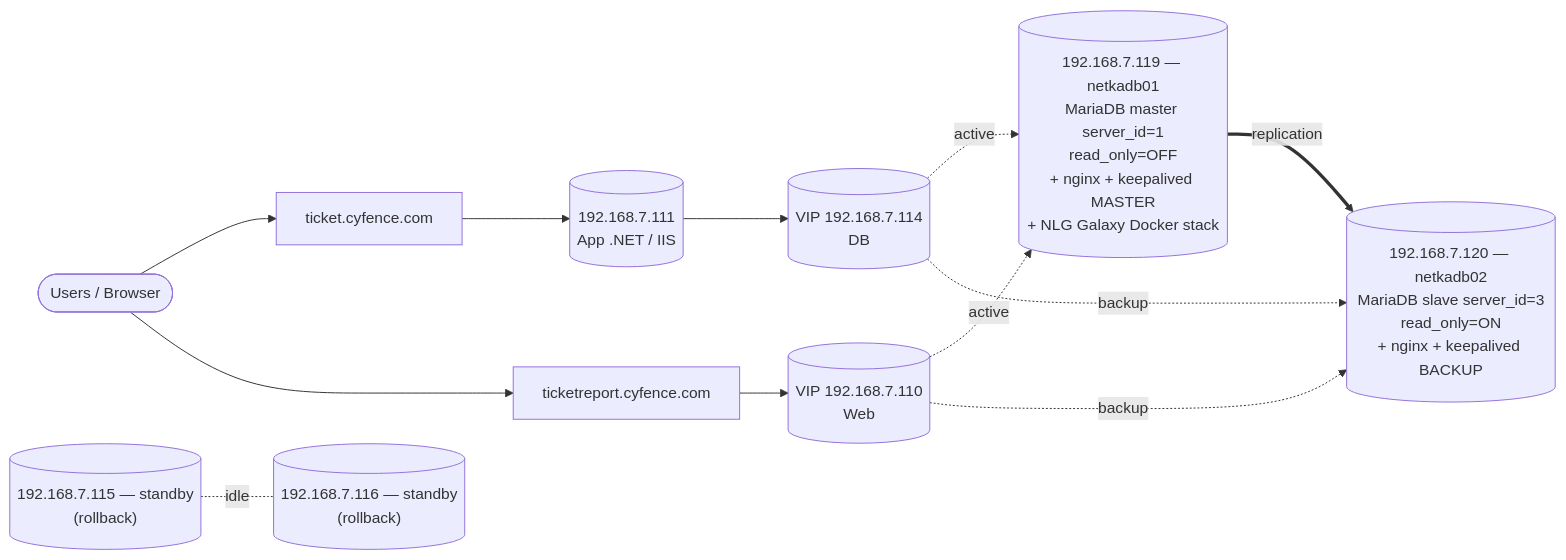
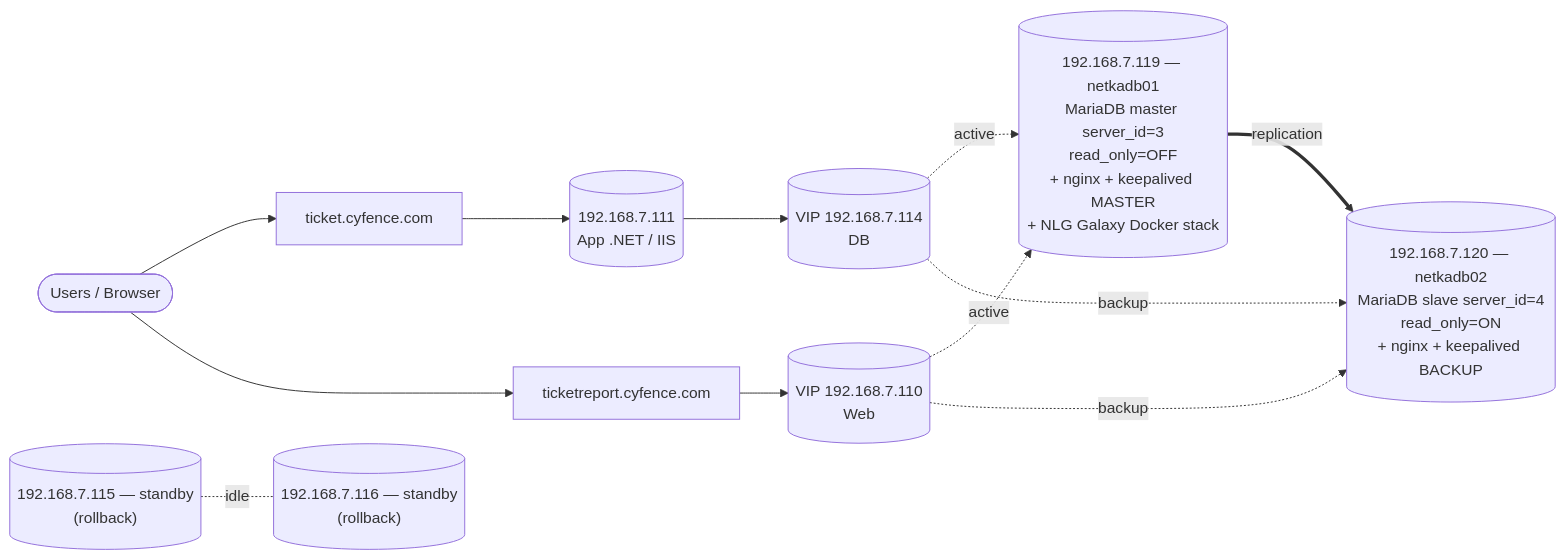
One commit to mryot/YotHealth changed the second of 11 diagrams in Migration-Manual-115-116-to-119-120-AsBuilt.md. Above: the diagram before and after it, drawn with Mermaid.

````diff
--- a/Migration-Manual-115-116-to-119-120-AsBuilt.md
+++ b/Migration-Manual-115-116-to-119-120-AsBuilt.md
@@ -59,23 +59,23 @@
 ```mermaid
 flowchart LR
     U([Users / Browser])
     DNS1[ticket.cyfence.com]
     DNS2[ticketreport.cyfence.com]
     APP[("192.168.7.111<br/>App .NET / IIS")]
     VIP_WEB[(VIP 192.168.7.110<br/>Web)]
     VIP_DB[(VIP 192.168.7.114<br/>DB)]
-    DB119[("192.168.7.119 — netkadb01<br/>MariaDB master server_id=1<br/>read_only=OFF<br/>+ nginx + keepalived MASTER<br/>+ NLG Galaxy Docker stack")]
-    DB120[("192.168.7.120 — netkadb02<br/>MariaDB slave server_id=3<br/>read_only=ON<br/>+ nginx + keepalived BACKUP")]
+    DB119[("192.168.7.119 — netkadb01<br/>MariaDB master server_id=3<br/>read_only=OFF<br/>+ nginx + keepalived MASTER<br/>+ NLG Galaxy Docker stack")]
+    DB120[("192.168.7.120 — netkadb02<br/>MariaDB slave server_id=4<br/>read_only=ON<br/>+ nginx + keepalived BACKUP")]
     OLD115[("192.168.7.115 — standby<br/>(rollback)")]
     OLD116[("192.168.7.116 — standby<br/>(rollback)")]
 
     U --> DNS1 --> APP
     U --> DNS2 --> VIP_WEB
     APP --> VIP_DB
     VIP_WEB -.active.-> DB119
     VIP_WEB -.backup.-> DB120
     VIP_DB  -.active.-> DB119
     VIP_DB  -.backup.-> DB120
     DB119 ==replication==> DB120
     OLD115 -.idle.- OLD116
 ```
````
